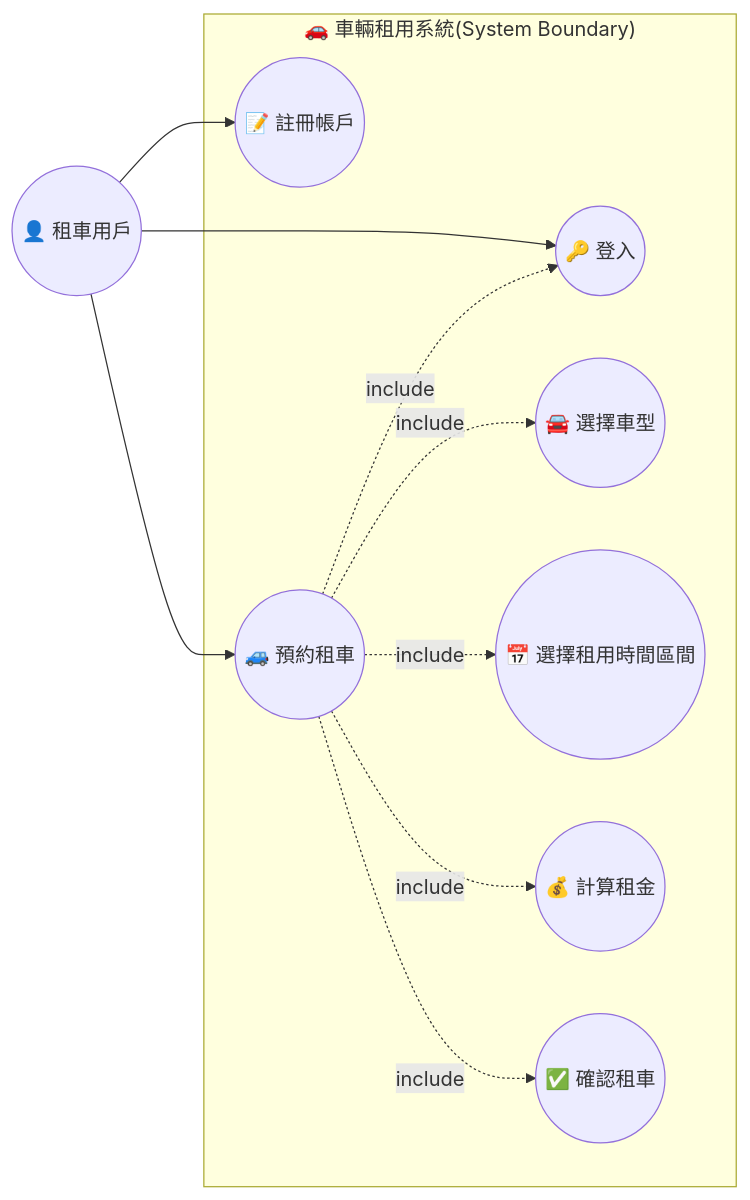
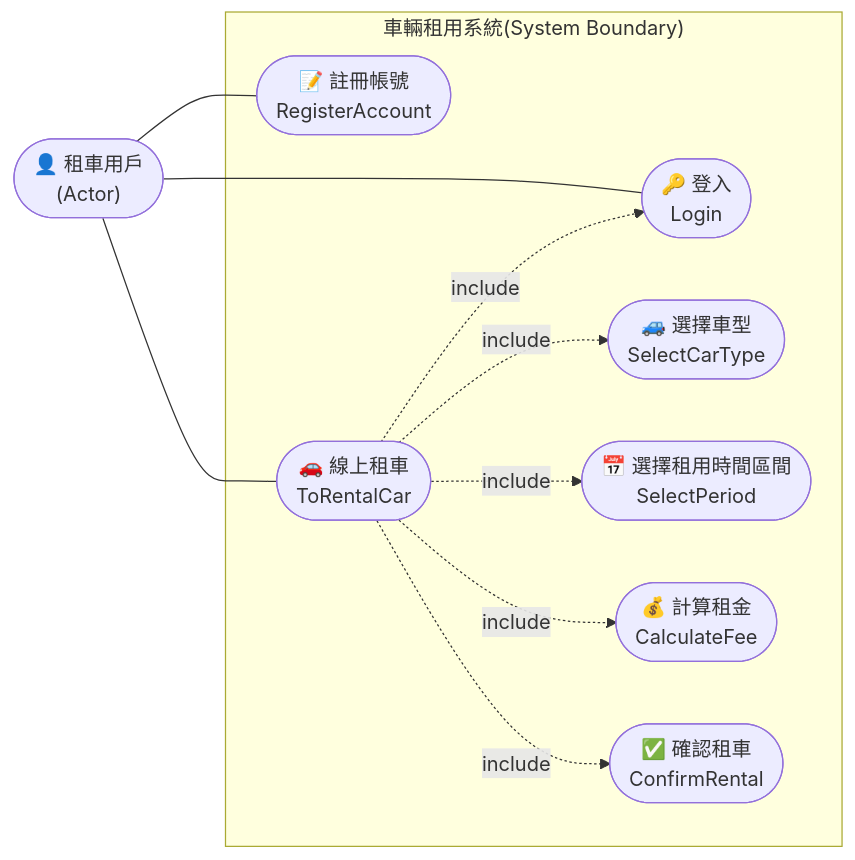
One commit to wugelis/Custom_Agent_Lab11-CC changed the diagram in UC_01_車輛租用系統.md. Above: the diagram before and after it, drawn with Mermaid. The commit also changed other lines of this file and 2 other files, not shown here.

Commit message:
更新課程中完成的 UML Mermaid Diagram

````diff
--- a/UC_01_車輛租用系統.md
+++ b/UC_01_車輛租用系統.md
@@ -3,24 +3,24 @@
 ```mermaid
 flowchart LR
-    Actor((👤 租車用戶))
+    RentalUser(["👤 租車用戶<br/>(Actor)"])
 
-    subgraph 車輛租用系統["🚗 車輛租用系統(System Boundary)"]
-        UC1((📝 註冊帳戶))
-        UC2((🔑 登入))
-        UC3((🚙 預約租車))
-        UC4((🚘 選擇車型))
-        UC5((📅 選擇租用時間區間))
-        UC6((💰 計算租金))
-        UC7((✅ 確認租車))
+    subgraph RentalCarSystem["車輛租用系統(System Boundary)"]
+        UC1(["📝 註冊帳號<br/>RegisterAccount"])
+        UC2(["🔑 登入<br/>Login"])
+        UC3(["🚗 線上租車<br/>ToRentalCar"])
+        UC4(["🚙 選擇車型<br/>SelectCarType"])
+        UC5(["📅 選擇租用時間區間<br/>SelectPeriod"])
+        UC6(["💰 計算租金<br/>CalculateFee"])
+        UC7(["✅ 確認租車<br/>ConfirmRental"])
     end
 
-    Actor --> UC1
-    Actor --> UC2
-    Actor --> UC3
+    RentalUser --- UC1
+    RentalUser --- UC2
+    RentalUser --- UC3
 
     UC3 -.->|include| UC2
     UC3 -.->|include| UC4
     UC3 -.->|include| UC5
     UC3 -.->|include| UC6
     UC3 -.->|include| UC7
 ```
````
